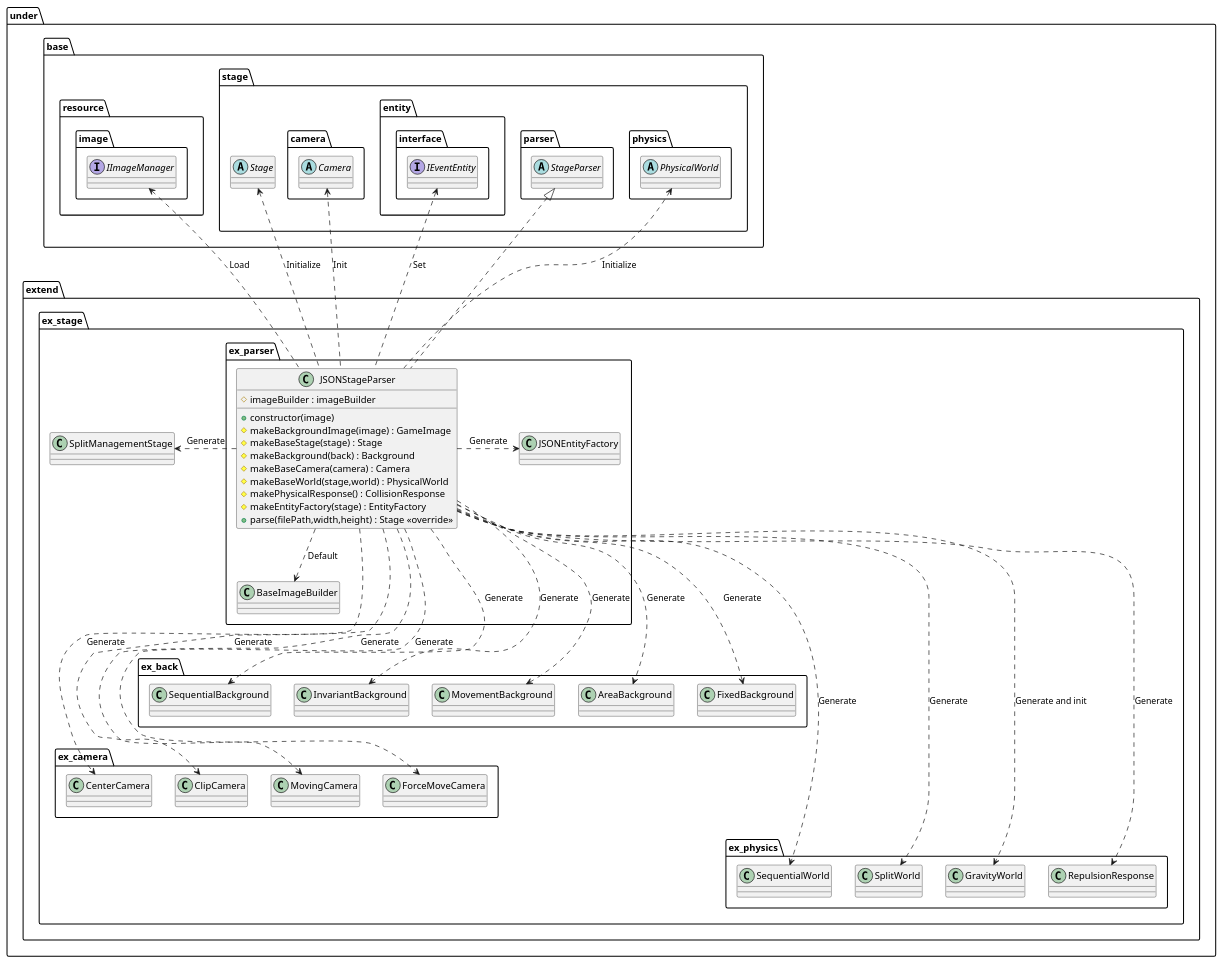
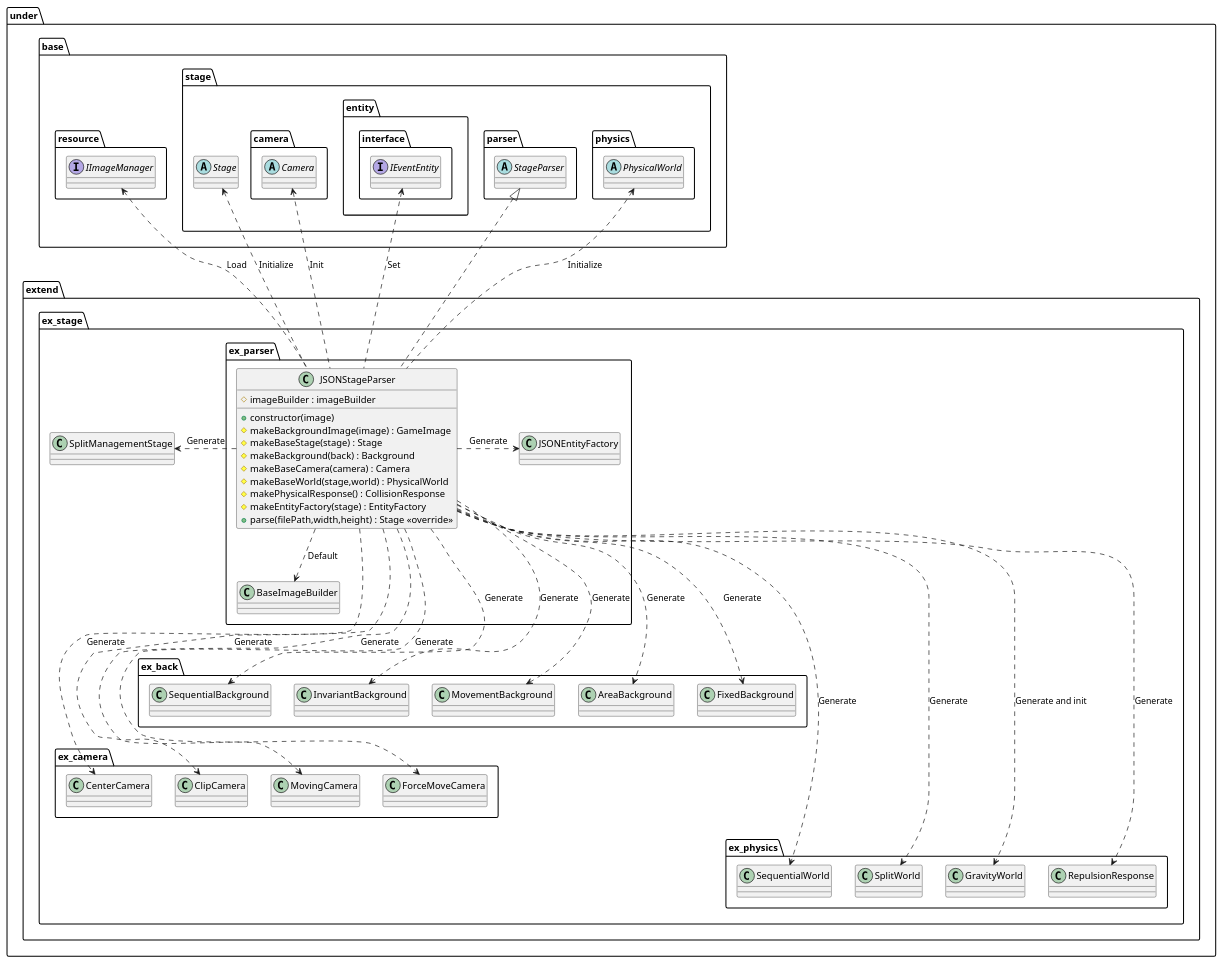
One commit to Expine/Under changed the diagram in uml/parser/JSON.wsd. Above: the diagram before and after it, drawn with PlantUML. The commit also changed 45 other files, not shown here.

```diff
--- a/uml/parser/JSON.wsd
+++ b/uml/parser/JSON.wsd
@@ -1,109 +1,107 @@
 @startuml ParserJSON
 
 package under {
     package extend {
         package ex_stage {
             package ex_parser {
                 class JSONStageParser {
                     +constructor(image)
                     #imageBuilder : imageBuilder
                     #makeBackgroundImage(image) : GameImage
                     #makeBaseStage(stage) : Stage
                     #makeBackground(back) : Background
                     #makeBaseCamera(camera) : Camera
                     #makeBaseWorld(stage,world) : PhysicalWorld
                     #makePhysicalResponse() : CollisionResponse
                     #makeEntityFactory(stage) : EntityFactory
                     +parse(filePath,width,height) : Stage <<override>>
                 }
             }
         }
     }
 }
 
 package under {
     package base {
         package resource {
-            package image {
-                interface IImageManager
-            }
+            interface IImageManager
         }
         package stage {
             abstract Stage
             package camera {
                 abstract Camera
             }
             package entity {
                 package interface {
                     interface IEventEntity
                 }
             }
             package parser {
                 abstract StageParser
             }
             package physics {
                 abstract PhysicalWorld
             }
         }
     }
     package extend {
         package ex_stage {
             class SplitManagementStage
             package ex_parser {
                 class BaseImageBuilder
                 class JSONEntityFactory
             }
             package ex_camera {
                 class CenterCamera
                 class ClipCamera
                 class MovingCamera
                 class ForceMoveCamera
             }
             package ex_back {
                 class SequentialBackground
                 class InvariantBackground
                 class MovementBackground
                 class AreaBackground
                 class FixedBackground
             }
             package ex_physics {
                 class SequentialWorld
                 class SplitWorld
                 class GravityWorld
                 class RepulsionResponse
             }
         }
 
     }
 }
 
 JSONStageParser .> SplitManagementStage : Generate
 JSONStageParser .> JSONEntityFactory : Generate
 
 JSONStageParser ...> SequentialBackground : Generate
 JSONStageParser ...> InvariantBackground : Generate
 JSONStageParser ...> MovementBackground : Generate
 JSONStageParser ...> AreaBackground : Generate
 JSONStageParser ...> FixedBackground : Generate
 
 JSONStageParser ....> CenterCamera : Generate
 JSONStageParser ....> ClipCamera : Generate
 JSONStageParser ....> MovingCamera : Generate
 JSONStageParser ....> ForceMoveCamera : Generate
 
 JSONStageParser .....> SequentialWorld : Generate
 JSONStageParser .....> SplitWorld : Generate
 JSONStageParser .....> GravityWorld : Generate and init
 JSONStageParser .....> RepulsionResponse : Generate
 
 IImageManager <..  JSONStageParser: Load
 Stage <..  JSONStageParser: Initialize
 PhysicalWorld <..  JSONStageParser: Initialize
 IEventEntity <.. JSONStageParser : Set
 Camera <.. JSONStageParser : Init
 
 JSONStageParser ..> BaseImageBuilder : Default
 
 StageParser <|.. JSONStageParser
 
 @enduml
```
